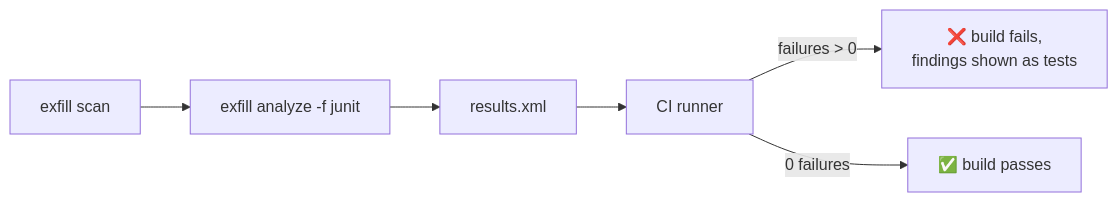
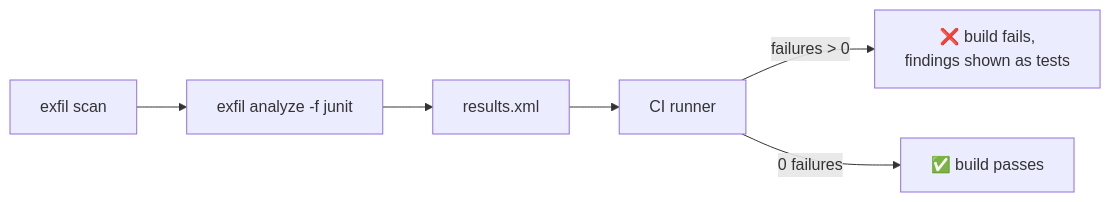
The sixth of 7 diagrams in docs/architecture/integrations.md (rangertaha/exfil), drawn with Mermaid before and after one commit. The commit also changed other lines of this file and 129 other files, not shown here.

First line of the commit message:
Rename the tool: exfill -> exfil

````diff
--- a/docs/architecture/integrations.md
+++ b/docs/architecture/integrations.md
@@ -198,8 +198,8 @@
 ```mermaid
 flowchart LR
-    SCAN["exfill scan"] --> AN["exfill analyze -f junit"]
+    SCAN["exfil scan"] --> AN["exfil analyze -f junit"]
     AN --> XML["results.xml"]
     XML --> CI["CI runner"]
     CI -->|"failures > 0"| RED["❌ build fails,<br/>findings shown as tests"]
     CI -->|"0 failures"| GREEN["✅ build passes"]
 ```
````
